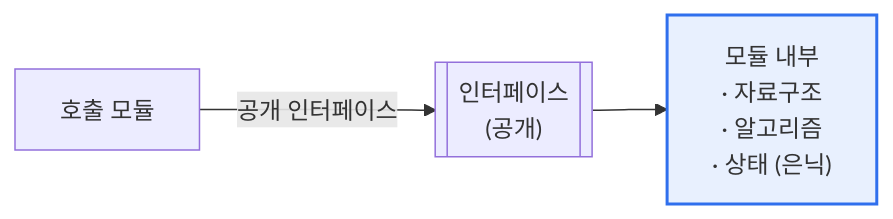
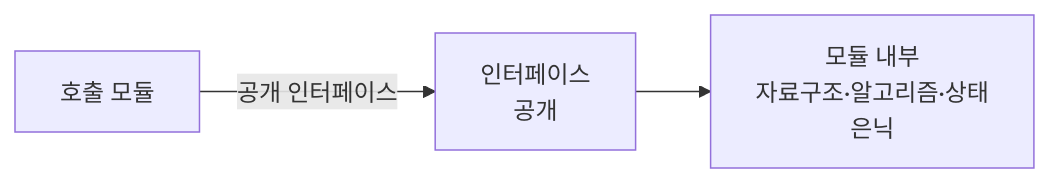
The diagram in content/information-hiding.md (coninggu/wjdqhrhksflrltnftk), drawn with Mermaid before and after one commit. The commit also changed other lines of this file and 28 other files, not shown here.

````diff
--- a/content/information-hiding.md
+++ b/content/information-hiding.md
@@ -15,6 +14,5 @@
 ```mermaid
 flowchart LR
-  C[호출 모듈] -->|공개 인터페이스| I[["인터페이스<br/>(공개)"]]
-  I --> M["모듈 내부<br/>· 자료구조<br/>· 알고리즘<br/>· 상태 (은닉)"]
-  style M fill:#e8f0fe,stroke:#2f6fed,stroke-width:2px
+  C[호출 모듈] -->|공개 인터페이스| I[인터페이스<br/>공개]
+  I --> M[모듈 내부<br/>자료구조·알고리즘·상태<br/>은닉]
 ```
````
